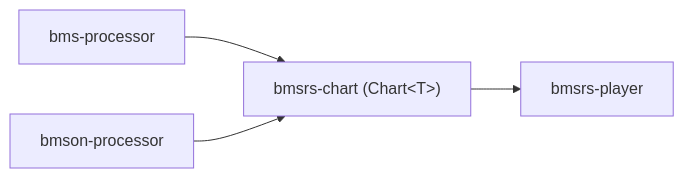
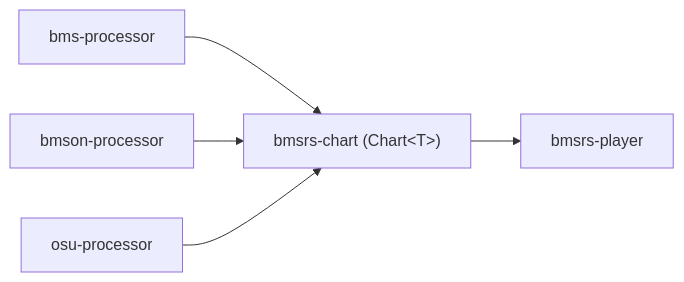
One commit to brightmeows/bmsrs changed the diagram in common/AGENTS.md. Above: the diagram before and after it, drawn with Mermaid. The commit also changed other lines of this file and 17 other files, not shown here.

Commit message:
feat(osu): 支持 osu!mania 谱面转换为 Chart

````diff
--- a/common/AGENTS.md
+++ b/common/AGENTS.md
@@ -11,6 +12,7 @@
 ```mermaid
 flowchart LR
     BProc[bms-processor] --> Chart["bmsrs-chart (Chart&lt;T&gt;)"]
     BMProc[bmson-processor] --> Chart
+    OsuProc[osu-processor] --> Chart
     Chart --> Player[bmsrs-player]
 ```
````
